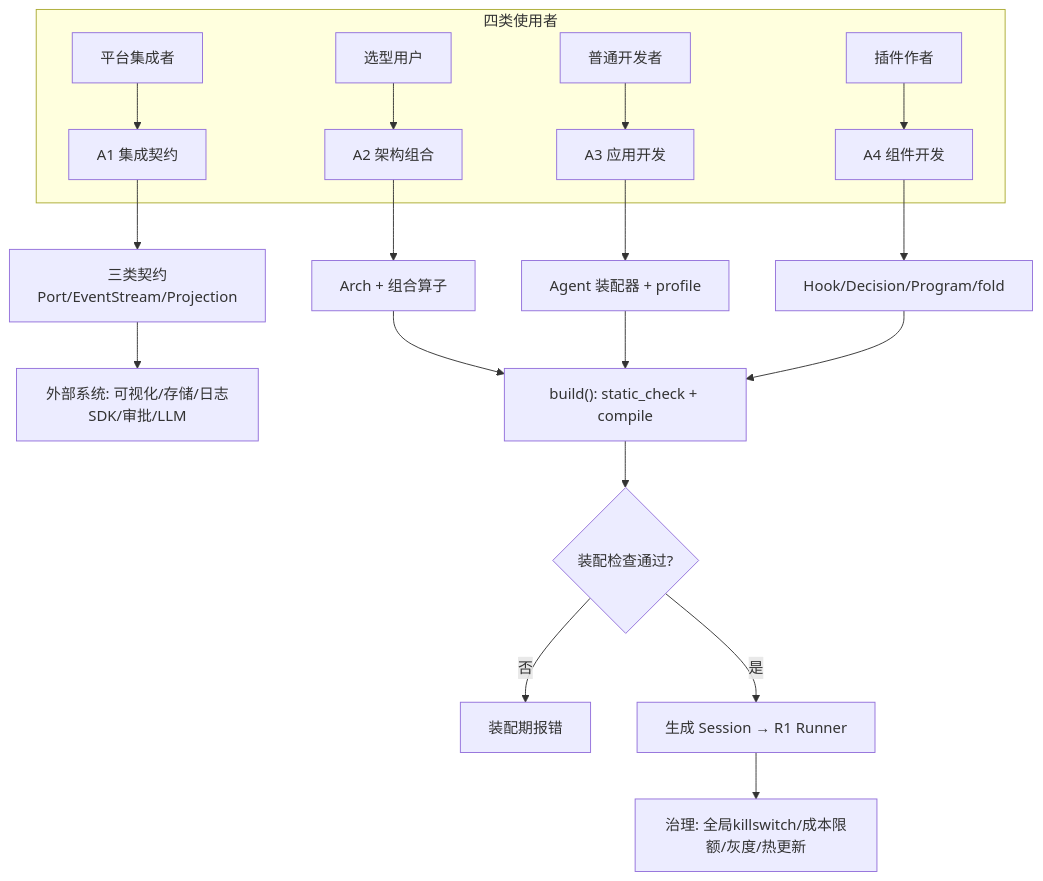
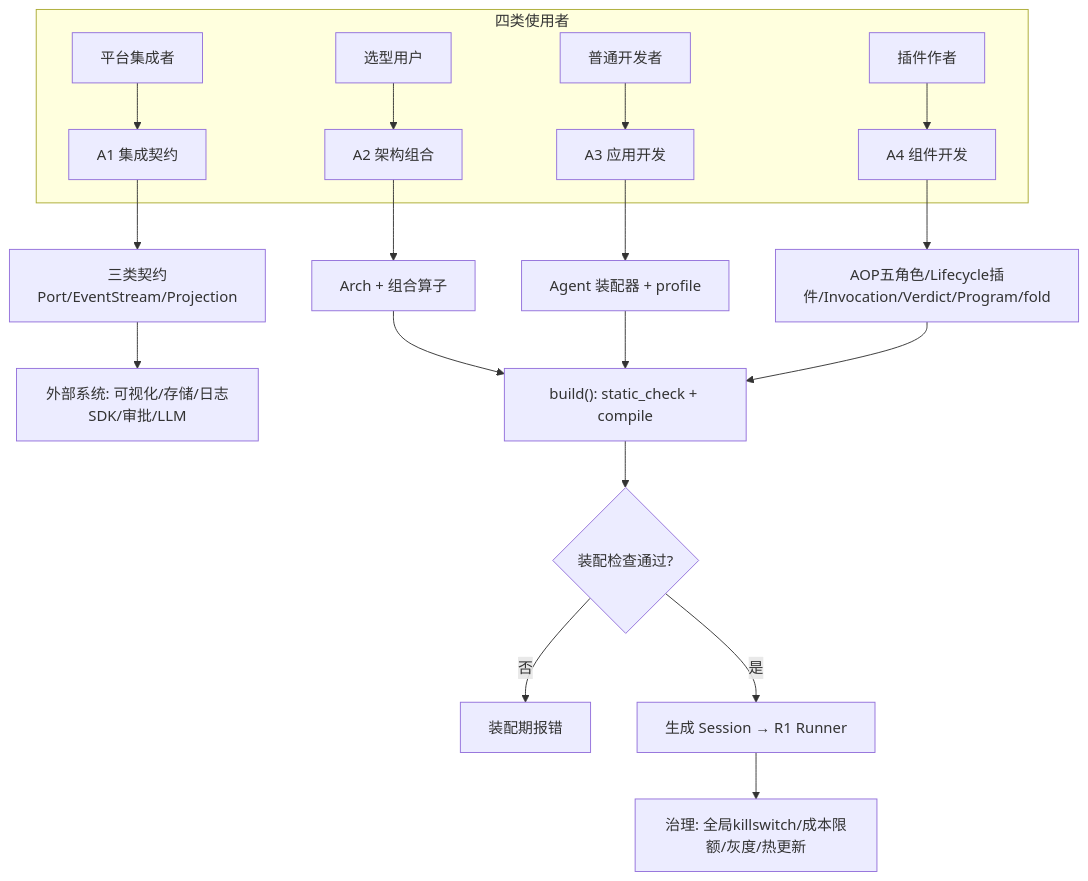
Before and after one commit to sao-lang/lll: diagram 13 of 13 in docs/01-总览与设计/AGENT-总设计.md, drawn with Mermaid. The commit also changed other lines of this file and 127 other files, not shown here.

````diff
--- a/docs/01-总览与设计/AGENT-总设计.md
+++ b/docs/01-总览与设计/AGENT-总设计.md
@@ -1453,21 +1587,21 @@
 ```mermaid
 flowchart TD
     subgraph 四类使用者
         U1["平台集成者"] --> A1["A1 集成契约"]
         U2["选型用户"] --> A2["A2 架构组合"]
         U3["普通开发者"] --> A3["A3 应用开发"]
         U4["插件作者"] --> A4["A4 组件开发"]
     end
     A1 --> P["三类契约<br/>Port/EventStream/Projection"]
     A2 --> AG["Arch + 组合算子"]
     A3 --> AB["Agent 装配器 + profile"]
-    A4 --> LOW["Hook/Decision/Program/fold"]
+    A4 --> LOW["AOP五角色/Lifecycle插件/Invocation/Verdict/Program/fold"]
     P --> EXT["外部系统: 可视化/存储/日志SDK/审批/LLM"]
     AG --> BUILD
     AB --> BUILD
     LOW --> BUILD["build(): static_check + compile"]
     BUILD --> CHK{"装配检查通过?"}
     CHK -->|否| ERR["装配期报错"]
     CHK -->|是| SESS["生成 Session → R1 Runner"]
     SESS --> GOV["治理: 全局killswitch/成本限额/灰度/热更新"]
 ```
````
